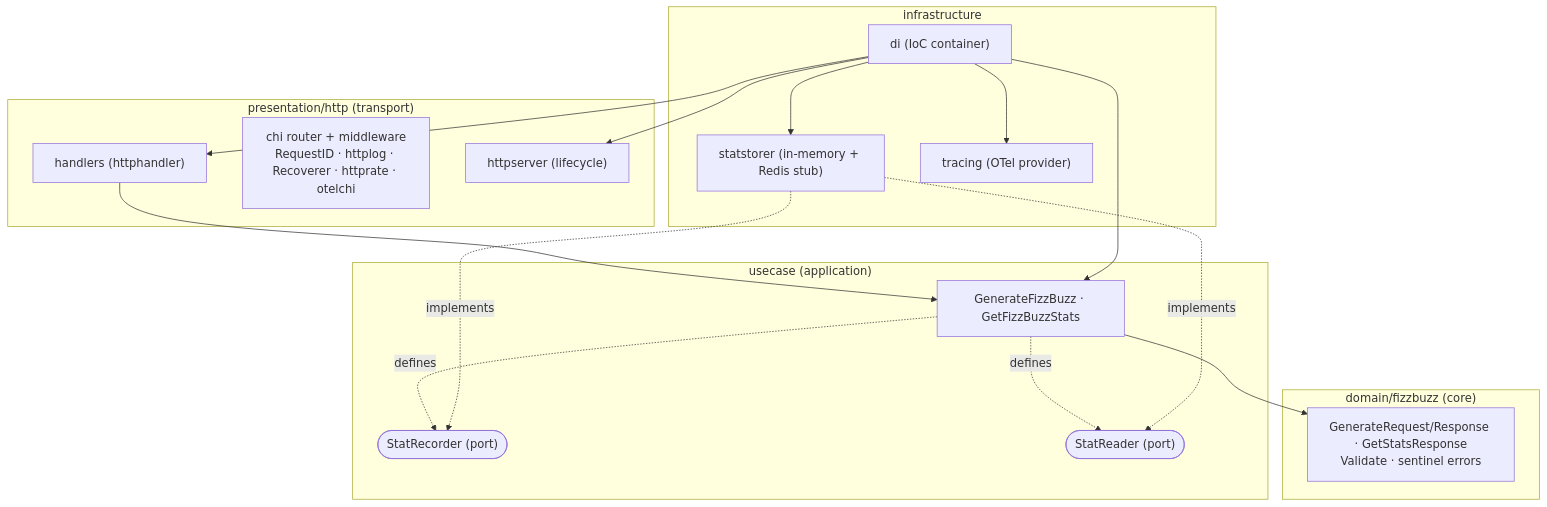
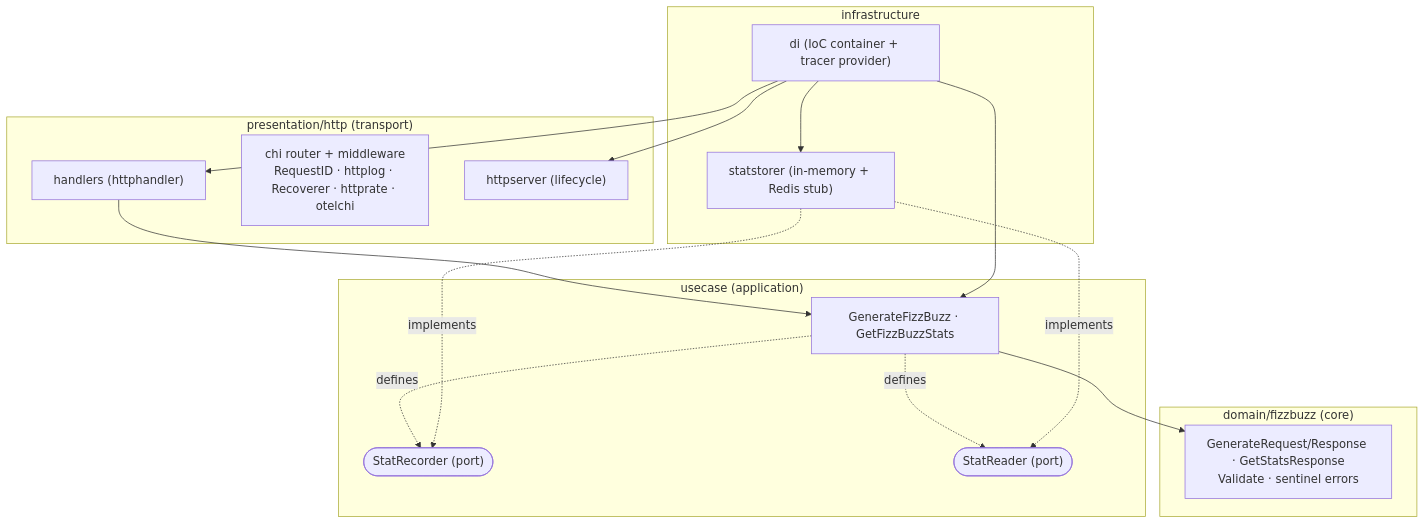
Before and after one commit to pimousse1099/fizz-buzz-api: the diagram in docs/architecture-decision-records/0001-clean-hexagonal-architecture.md, drawn with Mermaid. The commit also changed other lines of this file and 11 other files, not shown here.

````diff
--- a/docs/architecture-decision-records/0001-clean-hexagonal-architecture.md
+++ b/docs/architecture-decision-records/0001-clean-hexagonal-architecture.md
@@ -19,33 +19,31 @@
 ```mermaid
 flowchart TB
     subgraph presentation["presentation/http (transport)"]
         H["handlers (httphandler)"]
         MW["chi router + middleware<br/>RequestID · httplog · Recoverer · httprate · otelchi"]
         SRV["httpserver (lifecycle)"]
     end
     subgraph application["usecase (application)"]
         UC["GenerateFizzBuzz · GetFizzBuzzStats"]
         PR(["StatRecorder (port)"])
         PD(["StatReader (port)"])
     end
     subgraph domain["domain/fizzbuzz (core)"]
         D["GenerateRequest/Response · GetStatsResponse<br/>Validate · sentinel errors"]
     end
     subgraph infrastructure["infrastructure"]
         STORE["statstorer (in-memory + Redis stub)"]
-        DI["di (IoC container)"]
-        TR["tracing (OTel provider)"]
+        DI["di (IoC container + tracer provider)"]
     end
 
     H --> UC
     UC --> D
     UC -. defines .-> PR
     UC -. defines .-> PD
     STORE -. implements .-> PR
     STORE -. implements .-> PD
     DI --> H
     DI --> UC
     DI --> STORE
     DI --> SRV
-    DI --> TR
 ```
````
